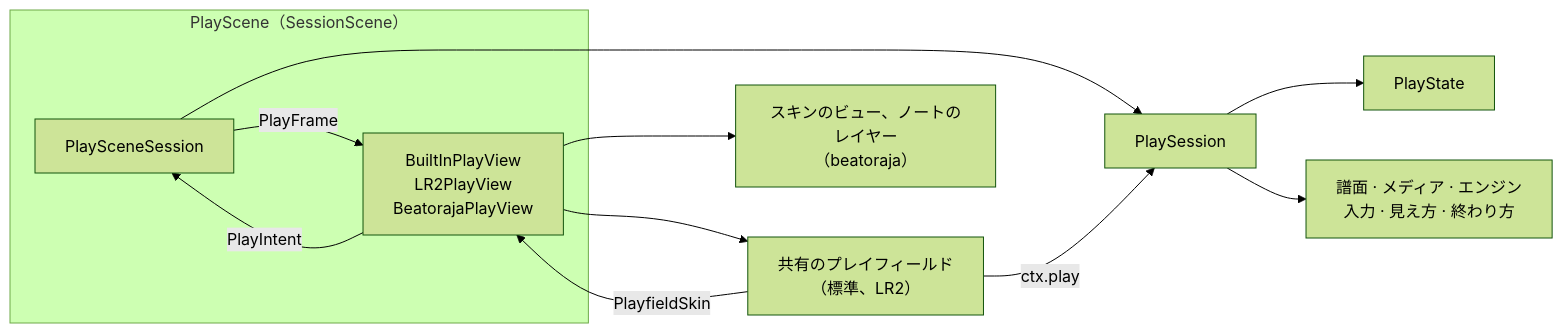
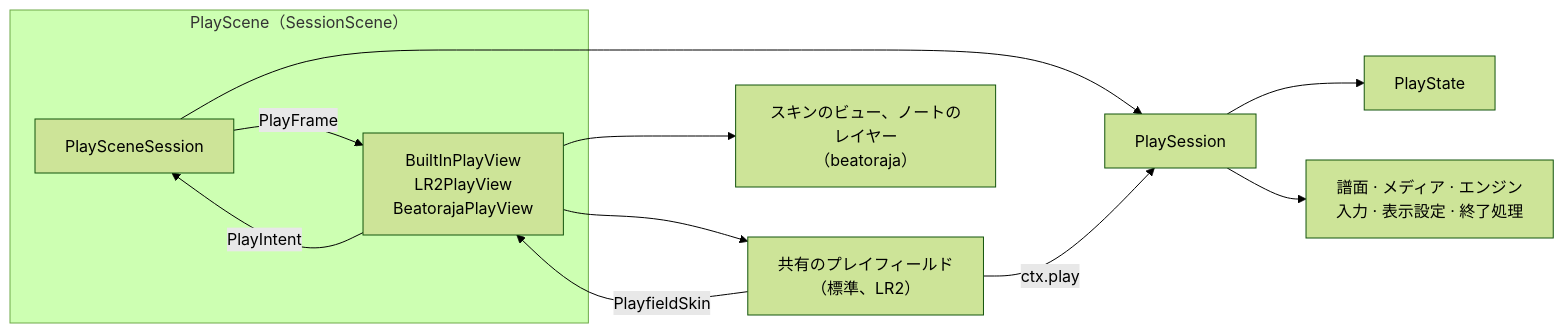
Before and after one commit to nulltask/be-music: diagram 13 of 15 in docs/player-web.ja.md, drawn with Mermaid (forest theme). The commit also changed other lines of this file and 26 other files, not shown here.

````diff
--- a/docs/player-web.ja.md
+++ b/docs/player-web.ja.md
@@ -607,14 +607,14 @@
 ```mermaid
 flowchart LR
   subgraph scene["PlayScene（SessionScene）"]
     adapter[PlaySceneSession] -->|PlayFrame| view["BuiltInPlayView<br/>LR2PlayView<br/>BeatorajaPlayView"]
     view -->|PlayIntent| adapter
   end
   adapter --> session[PlaySession]
   session --> state[PlayState]
-  session --> parts["譜面 · メディア · エンジン<br/>入力 · 見え方 · 終わり方"]
+  session --> parts["譜面 · メディア · エンジン<br/>入力 · 表示設定 · 終了処理"]
   view --> playfield["共有のプレイフィールド<br/>（標準、LR2）"]
   view --> skinview["スキンのビュー、ノートのレイヤー<br/>（beatoraja）"]
   playfield -->|PlayfieldSkin| view
   playfield -->|ctx.play| session
 ```
````
